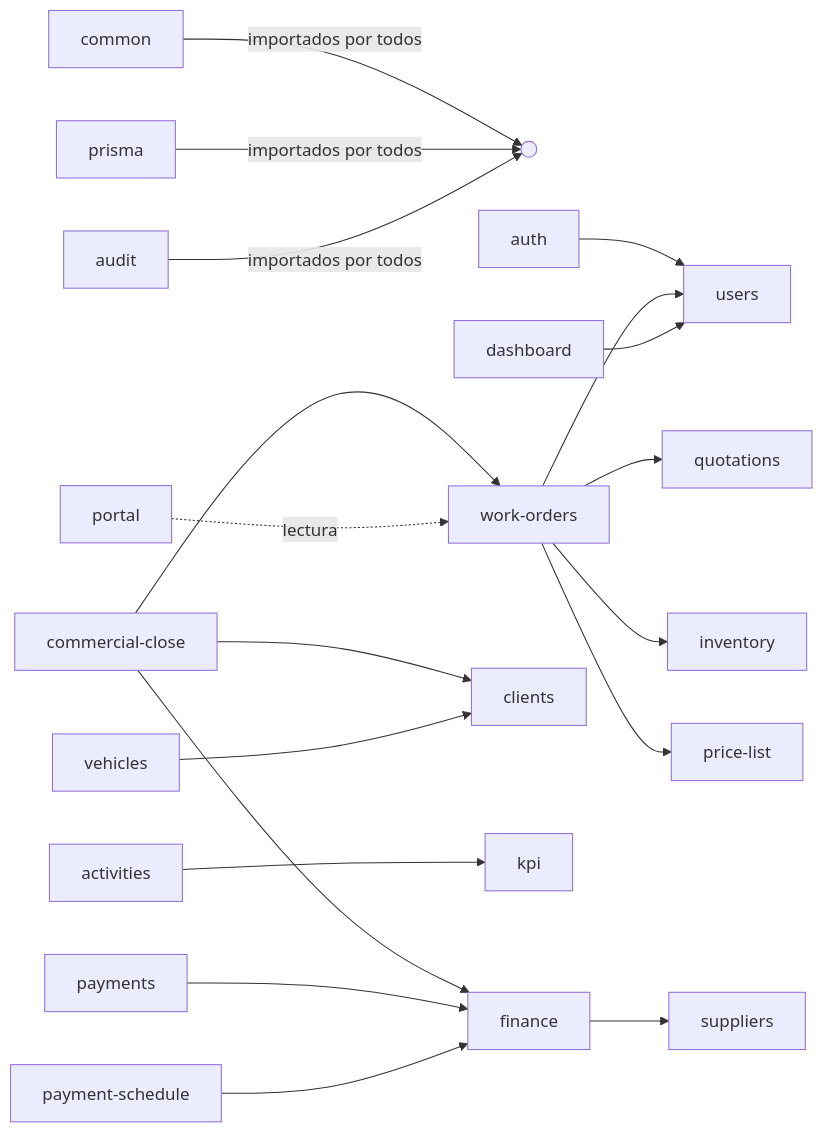
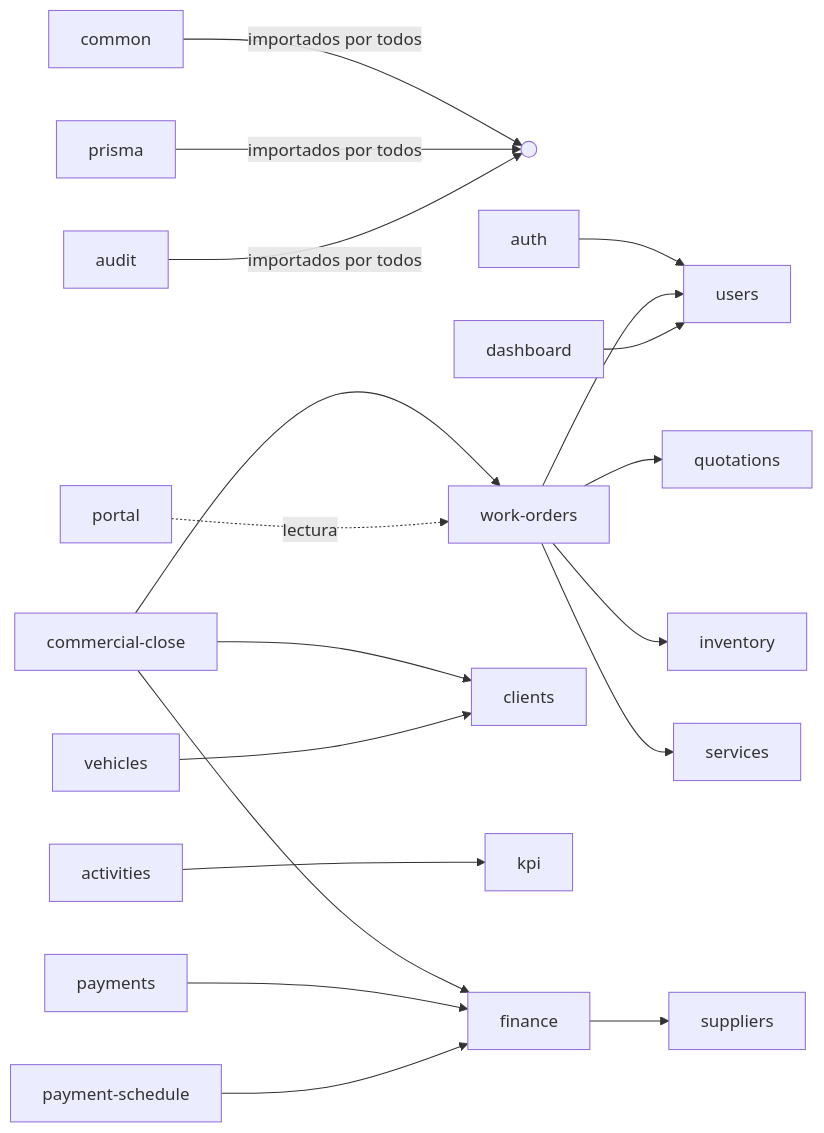
The second of 5 diagrams in docs/diagrams.md (Alexandercp7/taller-nest), drawn with Mermaid before and after one commit. The commit also changed other lines of this file and 46 other files, not shown here.

Commit message:
feat(inventory,services): split tools from inventory, add unified services catalog and api v1 config

````diff
--- a/docs/diagrams.md
+++ b/docs/diagrams.md
@@ -43,15 +43,15 @@
 ```mermaid
 flowchart LR
   common & prisma & audit -->|importados por todos| ALL(( ))
 
   auth --> users
-  work-orders --> users & quotations & inventory & price-list
+  work-orders --> users & quotations & inventory & services
   commercial-close --> work-orders & finance & clients
   payments --> finance
   portal -. lectura .-> work-orders
   vehicles --> clients
   finance --> suppliers
   activities --> kpi
   payment-schedule --> finance
   dashboard --> users
 ```
````
